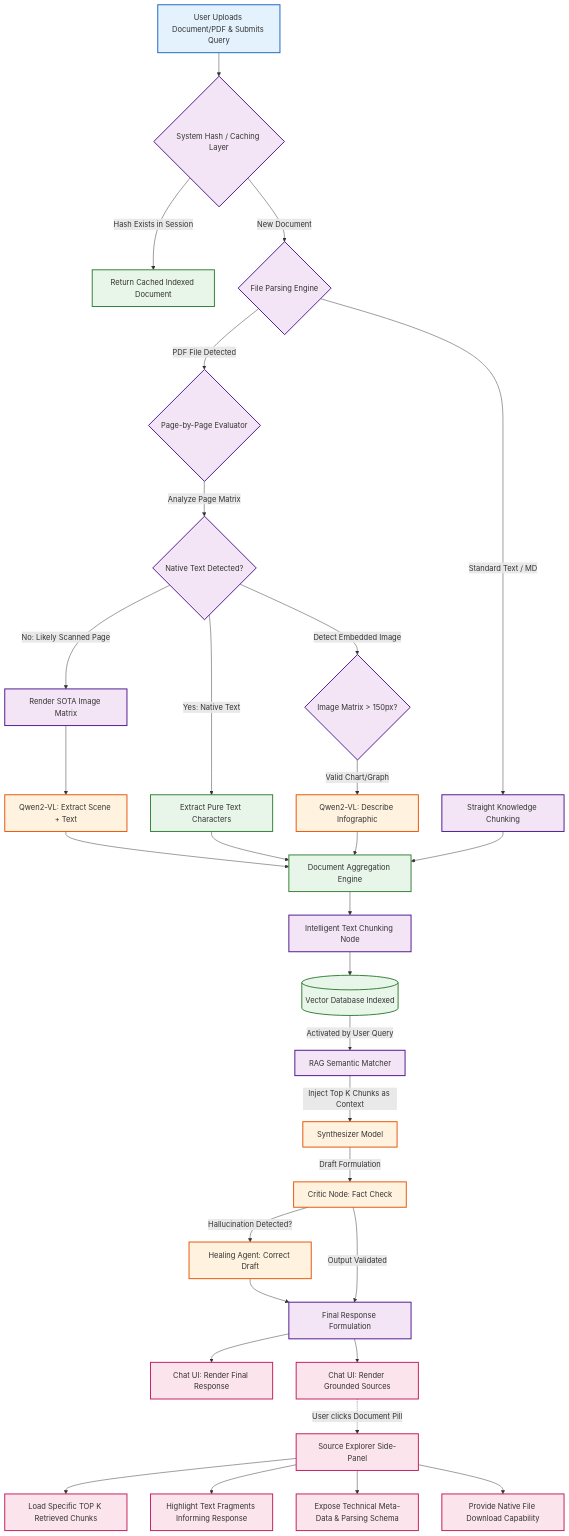
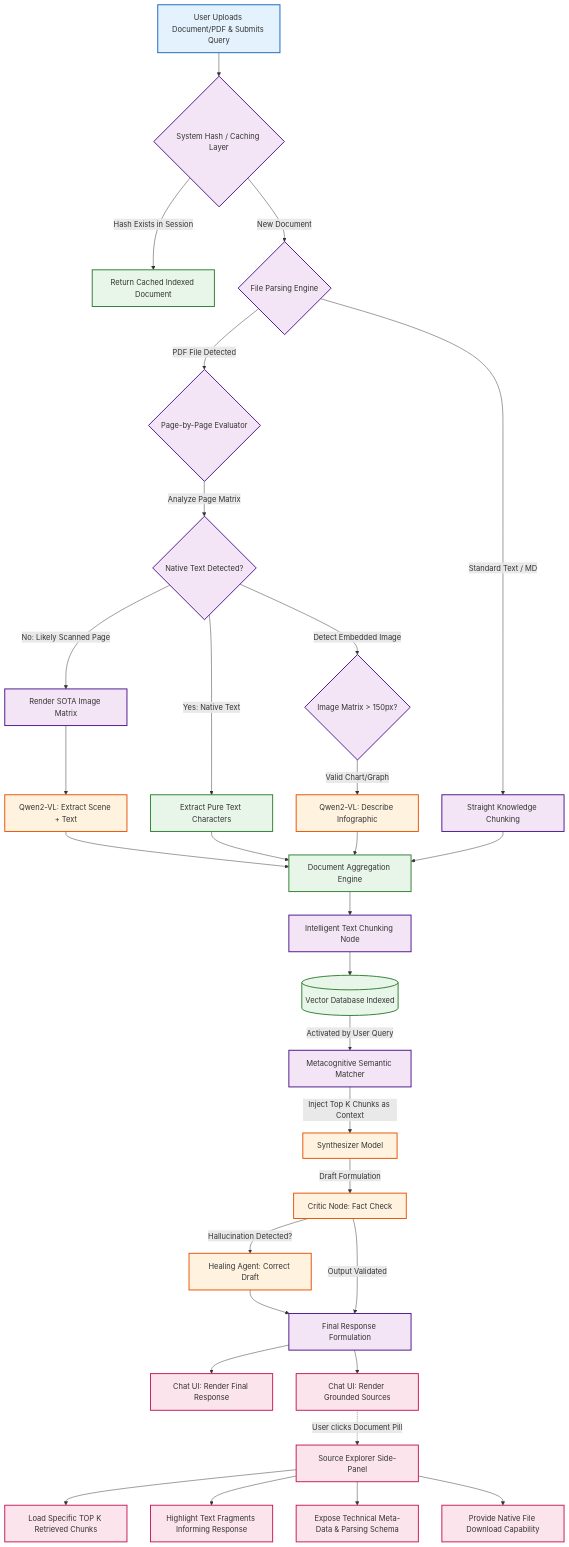
One commit to PankajVarma-PUV/SpandaOS changed the diagram in About Spanda Operating Soul/Document Processing.md. Above: the diagram before and after it, drawn with Mermaid. The commit also changed other lines of this file and 19 other files, not shown here.

Commit message:
Finalized SOTA SpandaOS Architecture

````diff
--- a/About Spanda Operating Soul/Document Processing.md
+++ b/About Spanda Operating Soul/Document Processing.md
@@ -48,59 +48,59 @@
 ```mermaid
 graph TD
     classDef user fill:#e3f2fd,stroke:#1565c0,stroke-width:2px;
     classDef process fill:#f3e5f5,stroke:#4a148c,stroke-width:2px;
     classDef model fill:#fff3e0,stroke:#e65100,stroke-width:2px;
     classDef storage fill:#e8f5e9,stroke:#2e7d32,stroke-width:2px;
     classDef ui fill:#fce4ec,stroke:#c2185b,stroke-width:2px;
 
     %% Ingestion Phase
     A[User Uploads Document/PDF & Submits Query]:::user --> B{System Hash / Caching Layer}:::process
     B -->|Hash Exists in Session| C[Return Cached Indexed Document]:::storage
     B -->|New Document| D{File Parsing Engine}:::process
     
     %% Intelligent Dual-Extraction Pipeline
     D -->|Standard Text / MD| E[Straight Knowledge Chunking]:::process
     D -->|PDF File Detected| F{Page-by-Page Evaluator}:::process
     
     %% Dynamic PDF Handling (Native vs Scanned)
     F --> |Analyze Page Matrix| G{Native Text Detected?}:::process
     
     %% Scanned Logic
     G --> |No: Likely Scanned Page| H[Render SOTA Image Matrix]:::process
     H --> I[Qwen2-VL: Extract Scene + Text]:::model
     
     %% Native Logic + Embedded Image Handle
     G --> |Yes: Native Text| J[Extract Pure Text Characters]:::storage
     G --> |Detect Embedded Image| K{Image Matrix > 150px?}:::process
     K --> |Valid Chart/Graph| L[Qwen2-VL: Describe Infographic]:::model
     
     %% Aggregation
     I --> M[Document Aggregation Engine]:::storage
     J --> M
     L --> M
     E --> M
     
     %% Storage & Chunking Phase
     M --> N[Intelligent Text Chunking Node]:::process
     N --> O[(Vector Database Indexed)]:::storage
     
-    %% Retrieval & Generation (RAG) Phase
-    O --> |Activated by User Query| P[RAG Semantic Matcher]:::process
+    %% Metacognitive Retrieval & Synthesis Phase
+    O --> |Activated by User Query| P[Metacognitive Semantic Matcher]:::process
     P --> |Inject Top K Chunks as Context| Q[Synthesizer Model]:::model
     
     %% Metacognitive Validation Phase
     Q --> |Draft Formulation| R[Critic Node: Fact Check]:::model
     R -->|Hallucination Detected?| S[Healing Agent: Correct Draft]:::model
     S --> T
     R -->|Output Validated| T[Final Response Formulation]:::process
     
     %% UI Presentation Phase
     T --> U[Chat UI: Render Final Response]:::ui
     T --> V[Chat UI: Render Grounded Sources]:::ui
     
     V -.-> |User clicks Document Pill| W[Source Explorer Side-Panel]:::ui
     W --> X[Load Specific TOP K Retrieved Chunks]:::ui
     W --> Y[Highlight Text Fragments Informing Response]:::ui
     W --> Z[Expose Technical Meta-Data & Parsing Schema]:::ui
     W --> AA[Provide Native File Download Capability]:::ui
 ```
````
